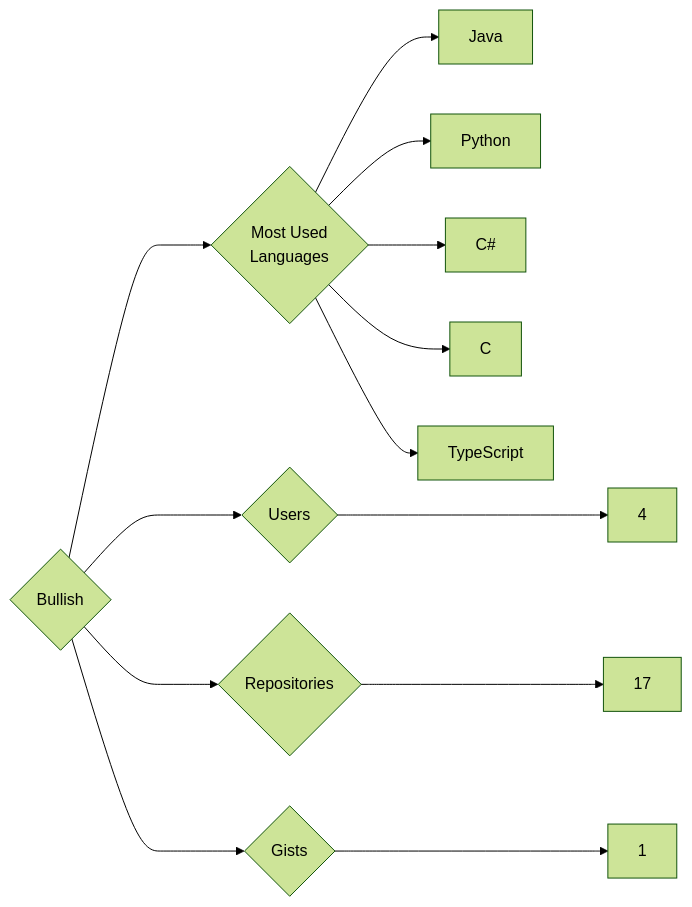
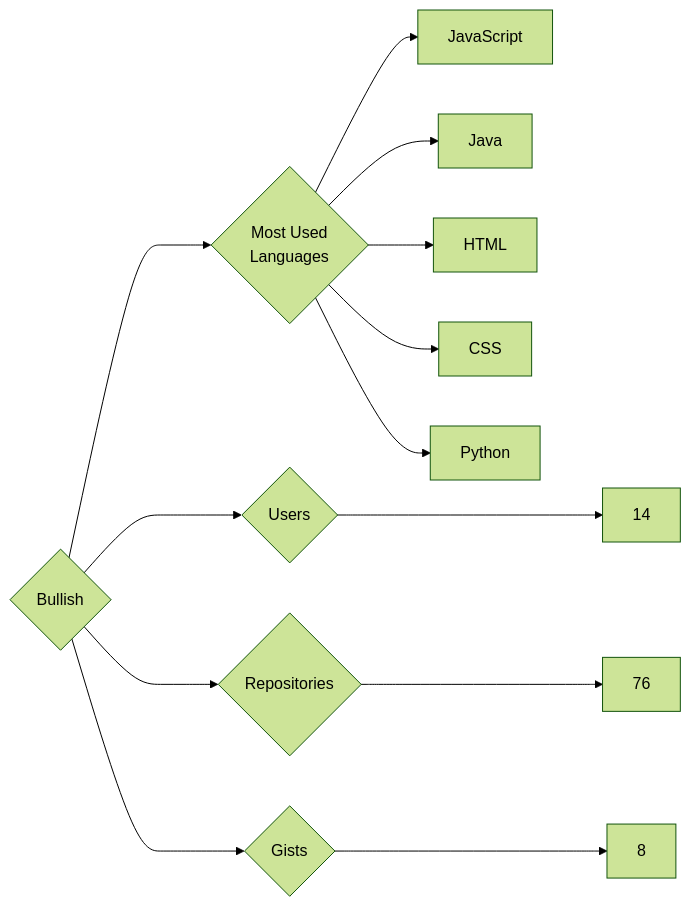
The diagram in targets/Bullish/README.md (trickest/insiders), drawn with Mermaid (forest theme) before and after one commit. The commit also changed 861 other files, not shown here.

````diff
--- a/targets/Bullish/README.md
+++ b/targets/Bullish/README.md
@@ -3,13 +3,13 @@
 ```mermaid
 graph LR
 COMPANY_NAME{Bullish}
-COMPANY_NAME ---> U{Users} ---> UN[4]
-COMPANY_NAME ---> R{Repositories} ---> RN[17]
-COMPANY_NAME ---> G{Gists} ---> GN[1]
+COMPANY_NAME ---> U{Users} ---> UN[14]
+COMPANY_NAME ---> R{Repositories} ---> RN[76]
+COMPANY_NAME ---> G{Gists} ---> GN[8]
 COMPANY_NAME ---> ML{Most Used<br>Languages}
+ML --> JavaScript[JavaScript]
 ML --> Java[Java]
+ML --> HTML[HTML]
+ML --> CSS[CSS]
 ML --> Python[Python]
-ML --> C#[C#]
-ML --> C[C]
-ML --> TypeScript[TypeScript]
 ```
````
